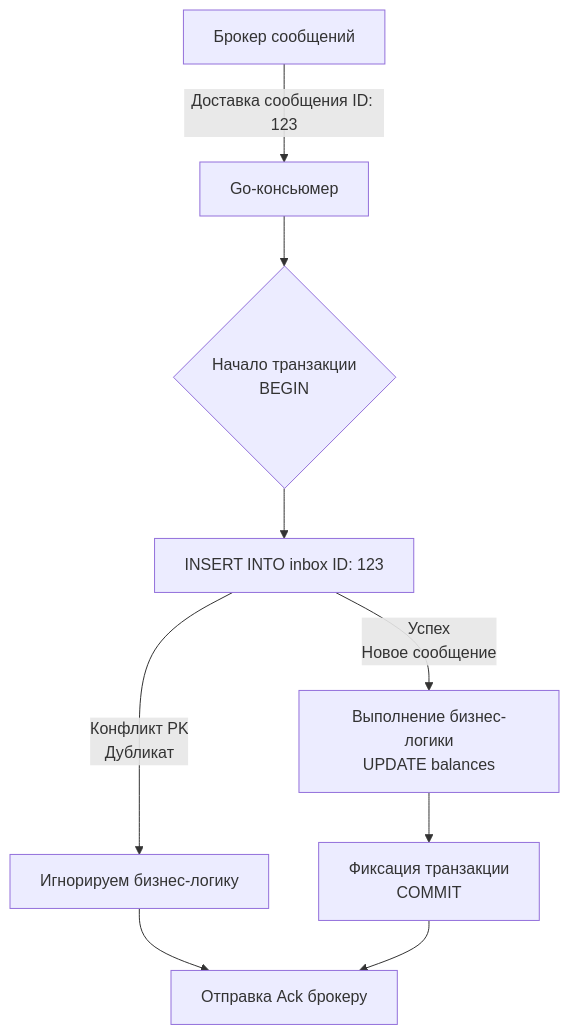
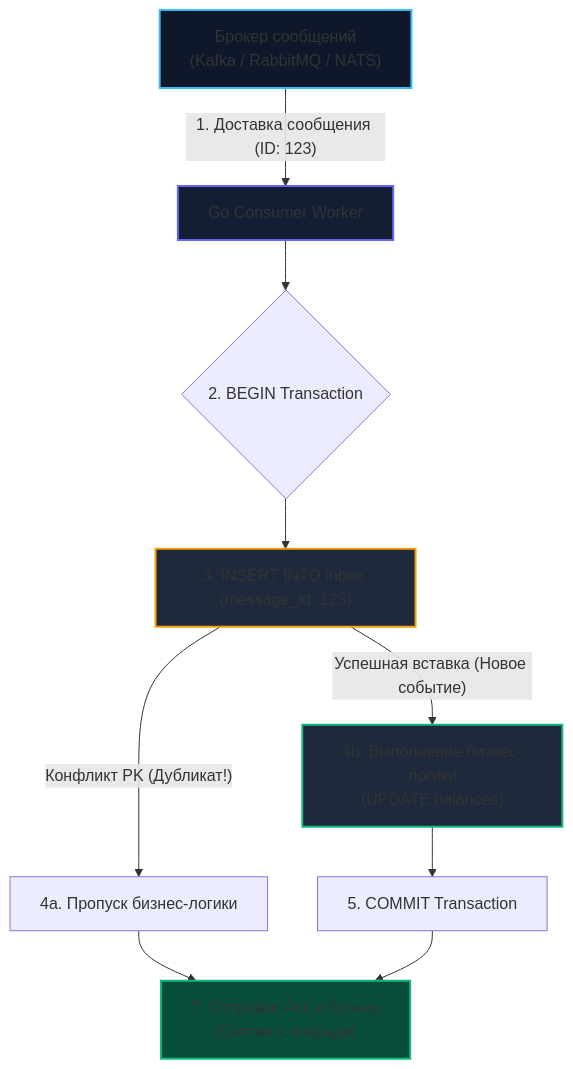
The diagram in sources/13. Очереди, брокеры сообщений и оркестраторы/05. Паттерны и архитектура/7. Inbox pattern.md (UnrealTemplier/go-textbook), drawn with Mermaid before and after one commit. The commit also changed other lines of this file, not shown here.

Commit message:
feat(module-13): editorial rewrite of lecture 7 (Inbox pattern) in Subsection 5 in Kernighan style

````diff
--- a/sources/13. Очереди, брокеры сообщений и оркестраторы/05. Паттерны и архитектура/7. Inbox pattern.md
+++ b/sources/13. Очереди, брокеры сообщений и оркестраторы/05. Паттерны и архитектура/7. Inbox pattern.md
@@ -27,11 +54,19 @@
 ```mermaid
 flowchart TD
-    A["Брокер сообщений"] -->|"Доставка сообщения ID: 123"| B["Go-консьюмер"]
-    B --> C{"Начало транзакции<br>BEGIN"}
-    C --> D["INSERT INTO inbox ID: 123"]
-    D -->|"Конфликт PK<br>Дубликат"| E["Игнорируем бизнес-логику"]
-    E --> F["Отправка Ack брокеру"]
-    D -->|"Успех<br>Новое сообщение"| G["Выполнение бизнес-логики<br>UPDATE balances"]
-    G --> H["Фиксация транзакции<br>COMMIT"]
+    A["Брокер сообщений<br>(Kafka / RabbitMQ / NATS)"] -->|"1. Доставка сообщения (ID: 123)"| B["Go Consumer Worker"]
+    B --> C{"2. BEGIN Transaction"}
+    C --> D["3. INSERT INTO inbox (message_id: 123)"]
+    
+    D -->|"Конфликт PK (Дубликат!)"| E["4a. Пропуск бизнес-логики"]
+    E --> F["7. Отправка Ack в брокер<br>(Снятие с очереди)"]
+    
+    D -->|"Успешная вставка (Новое событие)"| G["4b. Выполнение бизнес-логики<br>(UPDATE balances)"]
+    G --> H["5. COMMIT Transaction"]
     H --> F
+
+    style A fill:#0f172a,stroke:#38bdf8,stroke-width:2px
+    style B fill:#131d33,stroke:#6366f1,stroke-width:2px
+    style D fill:#1e293b,stroke:#f59e0b,stroke-width:2px
+    style G fill:#1e293b,stroke:#10b981,stroke-width:2px
+    style F fill:#064e3b,stroke:#10b981,stroke-width:2px
 ```
````
